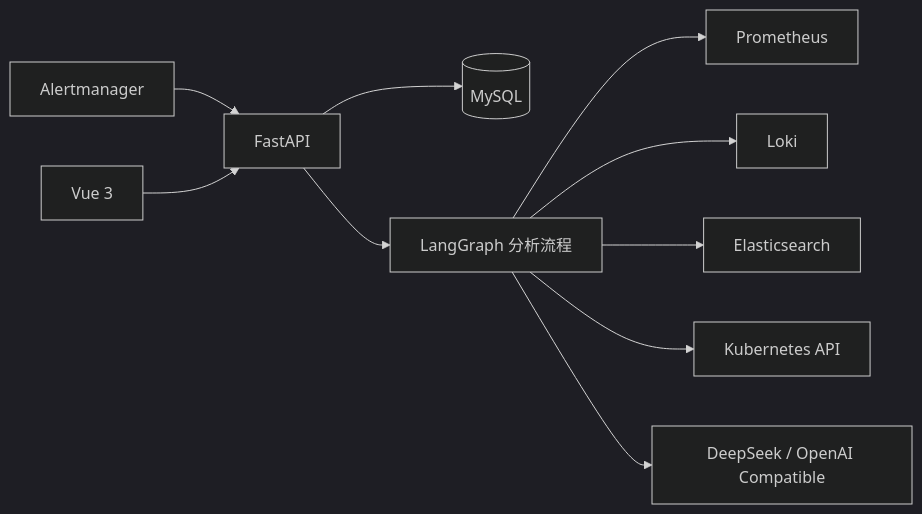
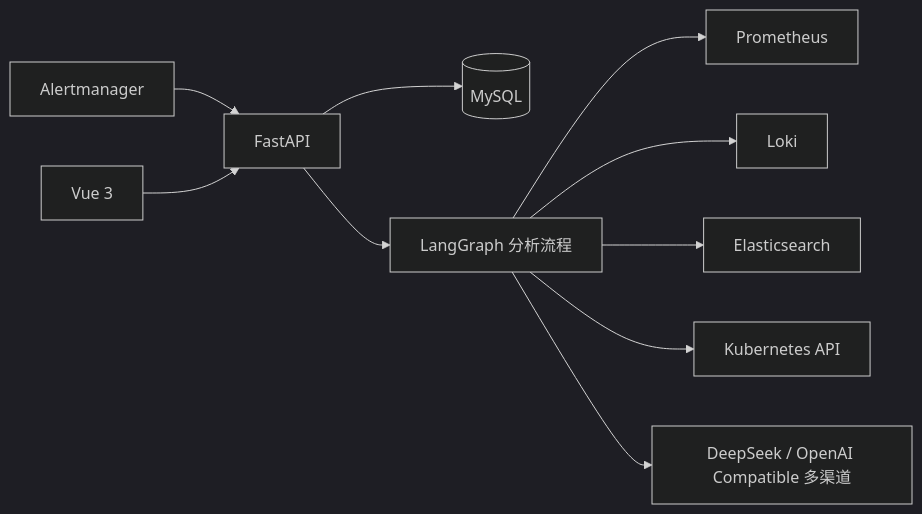
One commit to timmy1688/YiOps changed the diagram in README.md. Above: the diagram before and after it, drawn with Mermaid (dark theme). The commit also changed other lines of this file and 23 other files, not shown here.

````diff
--- a/README.md
+++ b/README.md
@@ -22,12 +22,12 @@
 ```mermaid
 flowchart LR
     AM[Alertmanager] --> API[FastAPI]
     UI[Vue 3] --> API
     API --> DB[(MySQL)]
     API --> AGENT[LangGraph 分析流程]
     AGENT --> PROM[Prometheus]
     AGENT --> LOKI[Loki]
     AGENT --> ES[Elasticsearch]
     AGENT --> K8S[Kubernetes API]
-    AGENT --> LLM[DeepSeek / OpenAI Compatible]
+    AGENT --> LLM[DeepSeek / OpenAI Compatible 多渠道]
 ```
````
